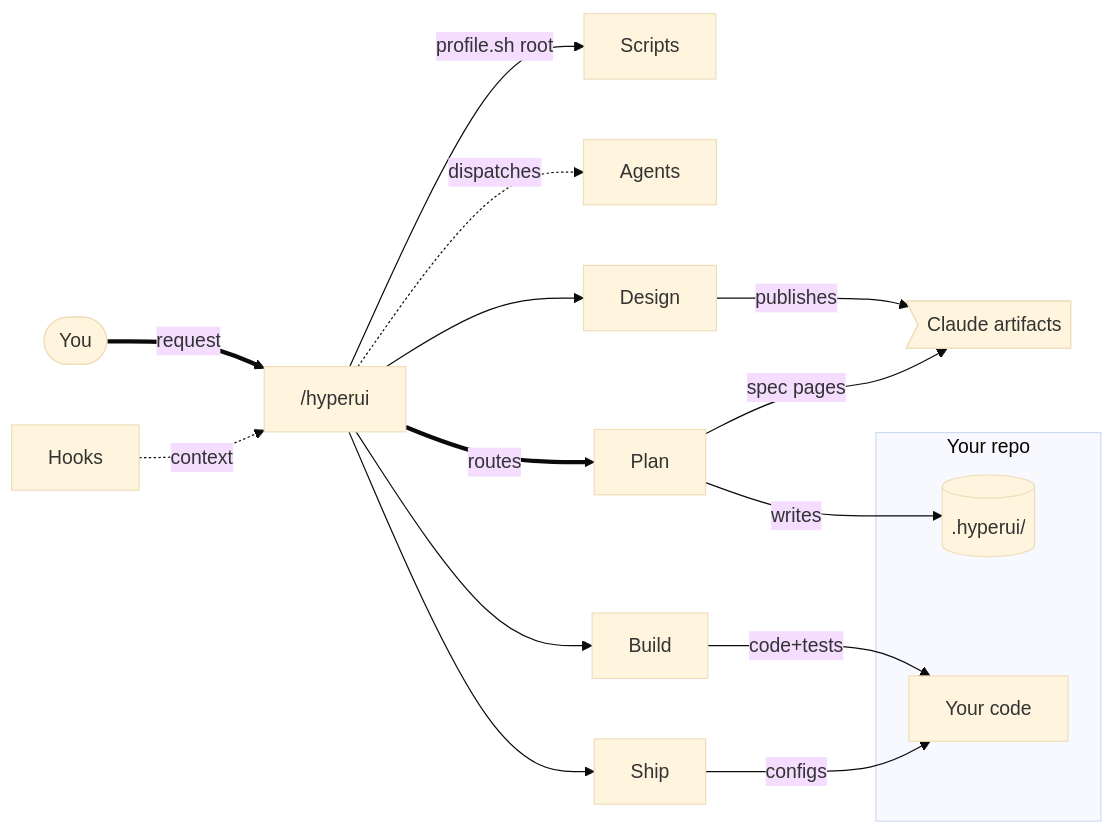
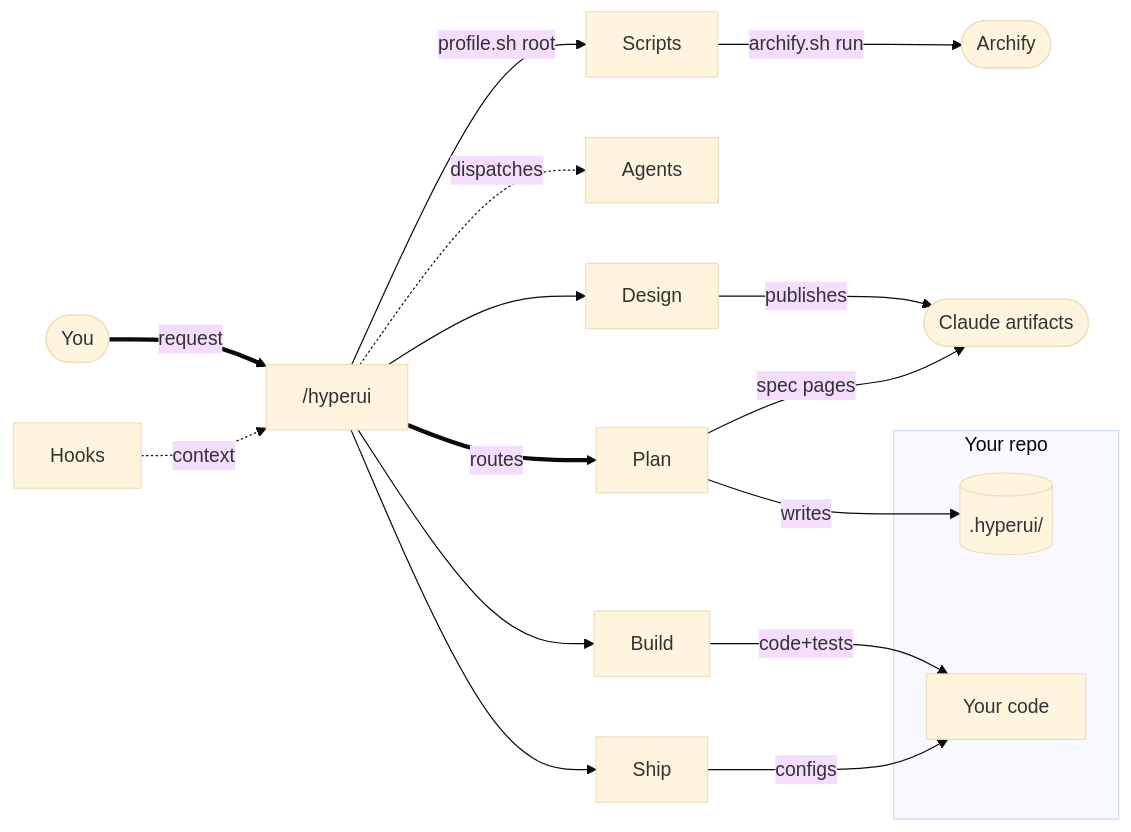
Before and after one commit to tizonai/hyperui: the diagram in .hyperui/diagrams/hyperui-architecture.mmd, drawn with Mermaid (base theme). The commit also changed 20 other files, not shown here.

Commit message:
feat(diagram): Archify is the engine — skill rewrite, v1 schema/references/viewer removed, dogfood diagram delivered by Archify

```diff
--- a/.hyperui/diagrams/hyperui-architecture.mmd
+++ b/.hyperui/diagrams/hyperui-architecture.mmd
@@ -1,28 +1,30 @@
 flowchart LR
   subgraph your_repo ["Your repo"]
     memory[(".hyperui/")]
     repo["Your code"]
   end
   hooks["Hooks"]
   user(["You"])
   scripts["Scripts"]
+  archify(["Archify"])
   entry["/hyperui"]
   agents["Agents"]
   design["Design"]
   plan["Plan"]
   build["Build"]
   ship["Ship"]
-  artifacts>"Claude artifacts"]
+  artifacts(["Claude artifacts"])
   user ==>|"request"| entry
   hooks -.->|"context"| entry
   entry -->|"profile.sh root"| scripts
+  scripts -->|"archify.sh run"| archify
   entry -.->|"dispatches"| agents
   entry --> design
   entry ==>|"routes"| plan
   entry --> build
   entry --> ship
   design -->|"publishes"| artifacts
   plan -->|"spec pages"| artifacts
   plan -->|"writes"| memory
   build -->|"code+tests"| repo
   ship -->|"configs"| repo
```
